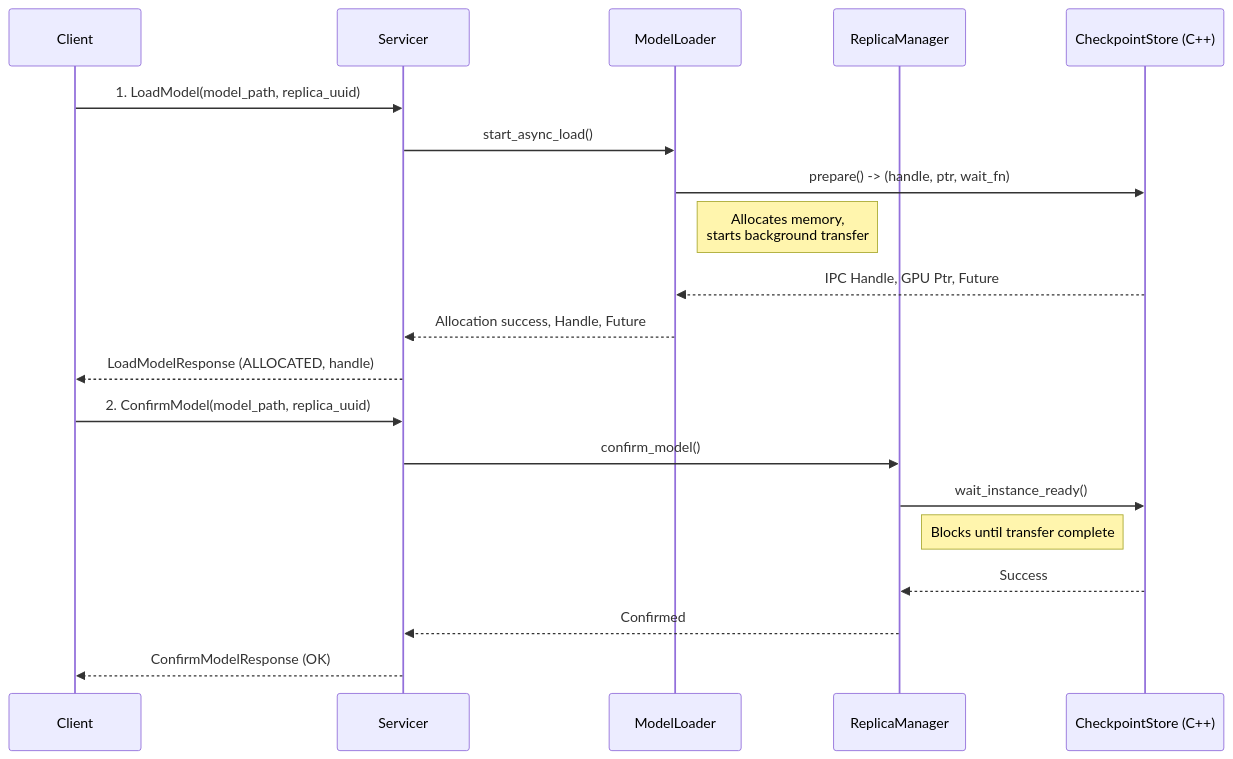
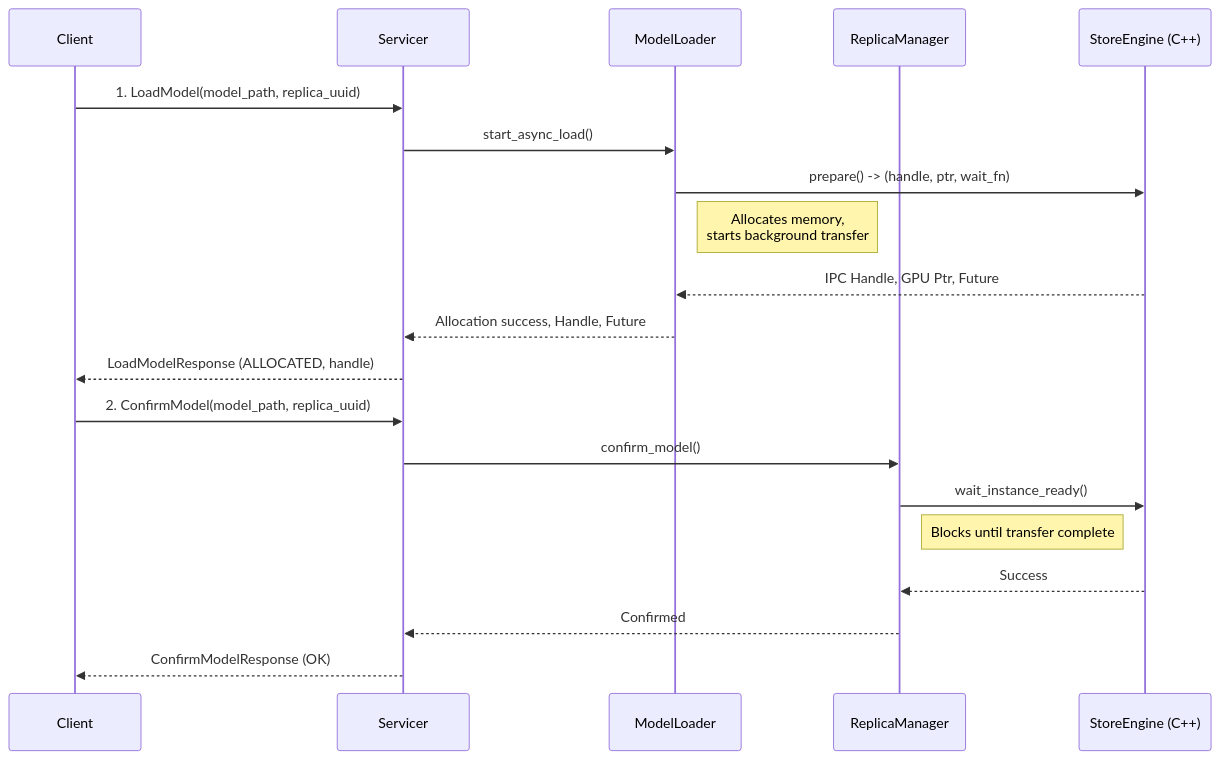
The second of 4 diagrams in web-docs/docs/developer-guides/architecture/store-daemon.md (tensorcast-ai/tensorcast), drawn with Mermaid before and after one commit. The commit also changed other lines of this file and 54 other files, not shown here.

Commit message:
refactor: rename CheckpointStore to StoreEngine

````diff
--- a/web-docs/docs/developer-guides/architecture/store-daemon.md
+++ b/web-docs/docs/developer-guides/architecture/store-daemon.md
@@ -56,24 +56,24 @@
 ```mermaid
 sequenceDiagram
     participant Client
     participant Servicer
     participant ModelLoader
     participant ReplicaManager
-    participant CppCore as CheckpointStore (C++)
+    participant CppCore as StoreEngine (C++)
 
     Client->>Servicer: 1. LoadModel(model_path, replica_uuid)
     Servicer->>ModelLoader: start_async_load()
     ModelLoader->>CppCore: prepare() -> (handle, ptr, wait_fn)
     note right of ModelLoader: Allocates memory,<br/>starts background transfer
     CppCore-->>ModelLoader: IPC Handle, GPU Ptr, Future
     ModelLoader-->>Servicer: Allocation success, Handle, Future
     Servicer-->>Client: LoadModelResponse (ALLOCATED, handle)
 
     Client->>Servicer: 2. ConfirmModel(model_path, replica_uuid)
     Servicer->>ReplicaManager: confirm_model()
     ReplicaManager->>CppCore: wait_instance_ready()
     note right of ReplicaManager: Blocks until transfer complete
     CppCore-->>ReplicaManager: Success
     ReplicaManager-->>Servicer: Confirmed
     Servicer-->>Client: ConfirmModelResponse (OK)
 ```
````
